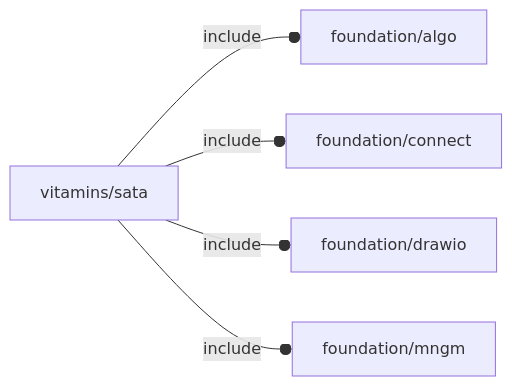
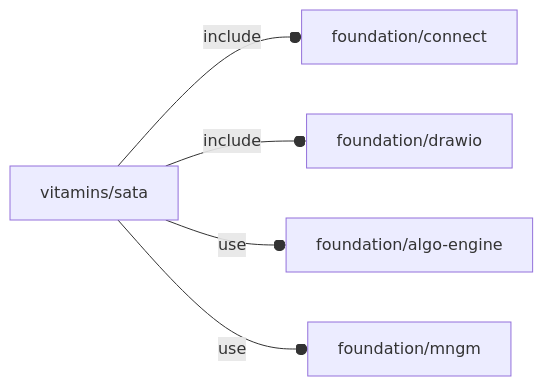
One commit to ggabbiani/OFL changed the diagram in orthodocs/vitamins/sata.md. Above: the diagram before and after it, drawn with Mermaid. The commit also changed other lines of this file and 74 other files, not shown here.

````diff
--- a/orthodocs/vitamins/sata.md
+++ b/orthodocs/vitamins/sata.md
@@ -5,7 +5,7 @@
 ```mermaid
 graph LR
-    A1[vitamins/sata] --o|include| A2[foundation/algo]
-    A1 --o|include| A3[foundation/connect]
-    A1 --o|include| A4[foundation/drawio]
-    A1 --o|include| A5[foundation/mngm]
+    A1[vitamins/sata] --o|include| A2[foundation/connect]
+    A1 --o|include| A3[foundation/drawio]
+    A1 --o|use| A4[foundation/algo-engine]
+    A1 --o|use| A5[foundation/mngm]
 ```
````
